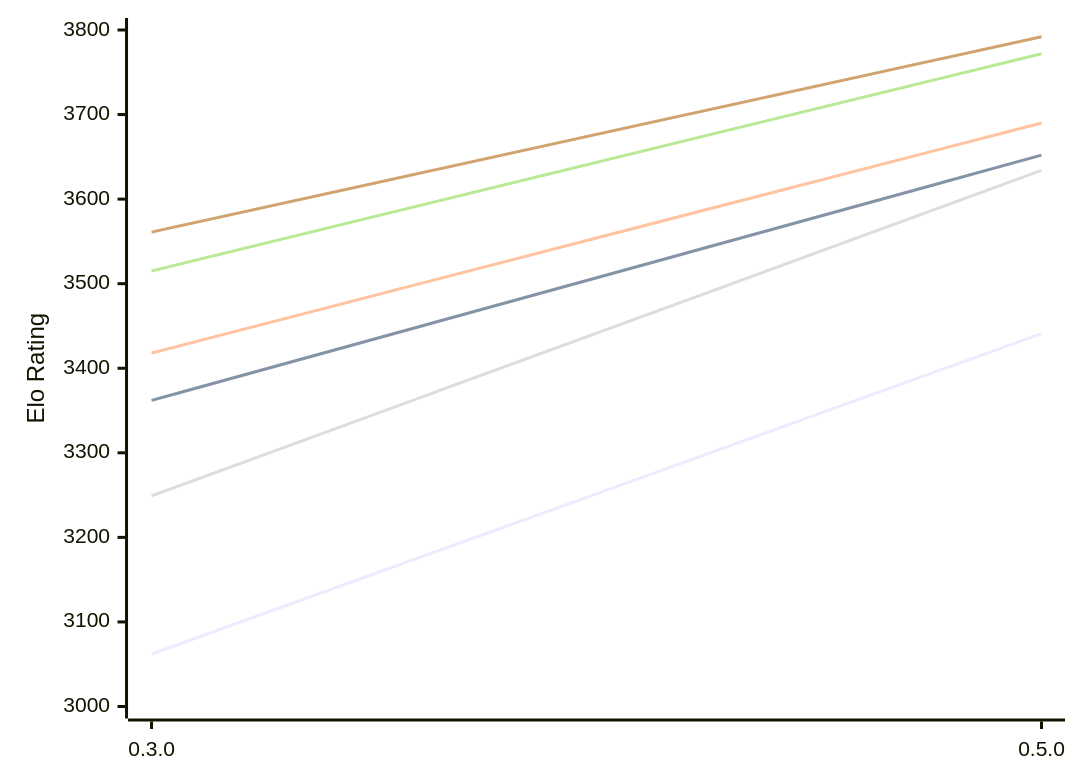
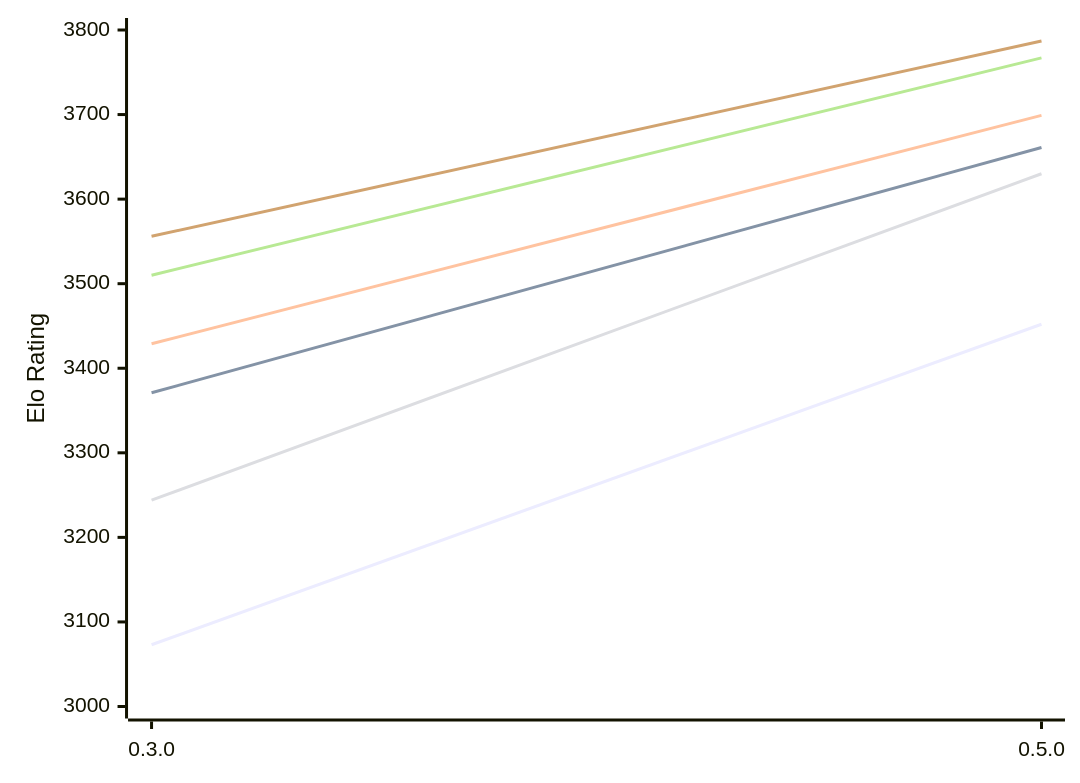
Before and after one commit to computer-chess-index/cci: the first of 2 diagrams in engines/Justbot.md, drawn with Mermaid. The commit also changed other lines of this file, not shown here.

Commit message:
Update CCI Ratings (ELO VLTC) - 2026-11-06

````diff
--- a/engines/Justbot.md
+++ b/engines/Justbot.md
@@ -53,12 +53,12 @@
 ```mermaid
 %%{init: {"theme":"base","themeVariables":{"seriesColors:['#a3a3a3','#222221','#faa371']}}}%%
 xychart-beta
   x-axis ["0.3.0", "0.5.0"]
   y-axis "Elo Rating" 3000 --> 3800
-  line "E1: STC (8.0+0.08s)" [3062, 3441]
-  line "E1: LTC (60.0+0.60s)" [3362, 3652]
-  line "E1: VLTC (2m24s+1.12s)" [3418, 3690]
-  line "P1: STC (8.0+0.08s)" [3249, 3634]
-  line "P1: LTC (60.0+0.60s)" [3515, 3772]
-  line "P1: VLTC (2m24s+1.12s)" [3561, 3792]
+  line "E1: STC (8.0+0.08s)" [3073, 3452]
+  line "E1: LTC (60.0+0.60s)" [3371, 3661]
+  line "E1: VLTC (2m24s+1.12s)" [3429, 3699]
+  line "P1: STC (8.0+0.08s)" [3244, 3630]
+  line "P1: LTC (60.0+0.60s)" [3510, 3767]
+  line "P1: VLTC (2m24s+1.12s)" [3556, 3787]
 ```
````
